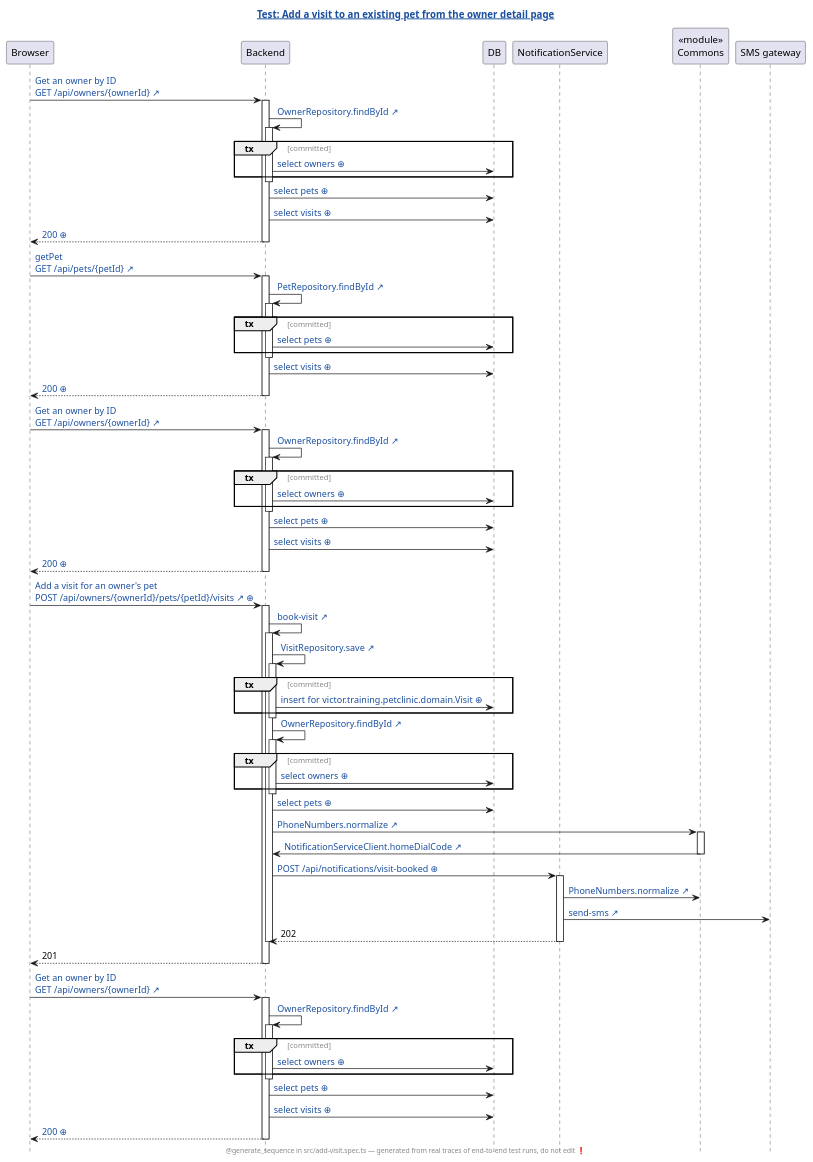
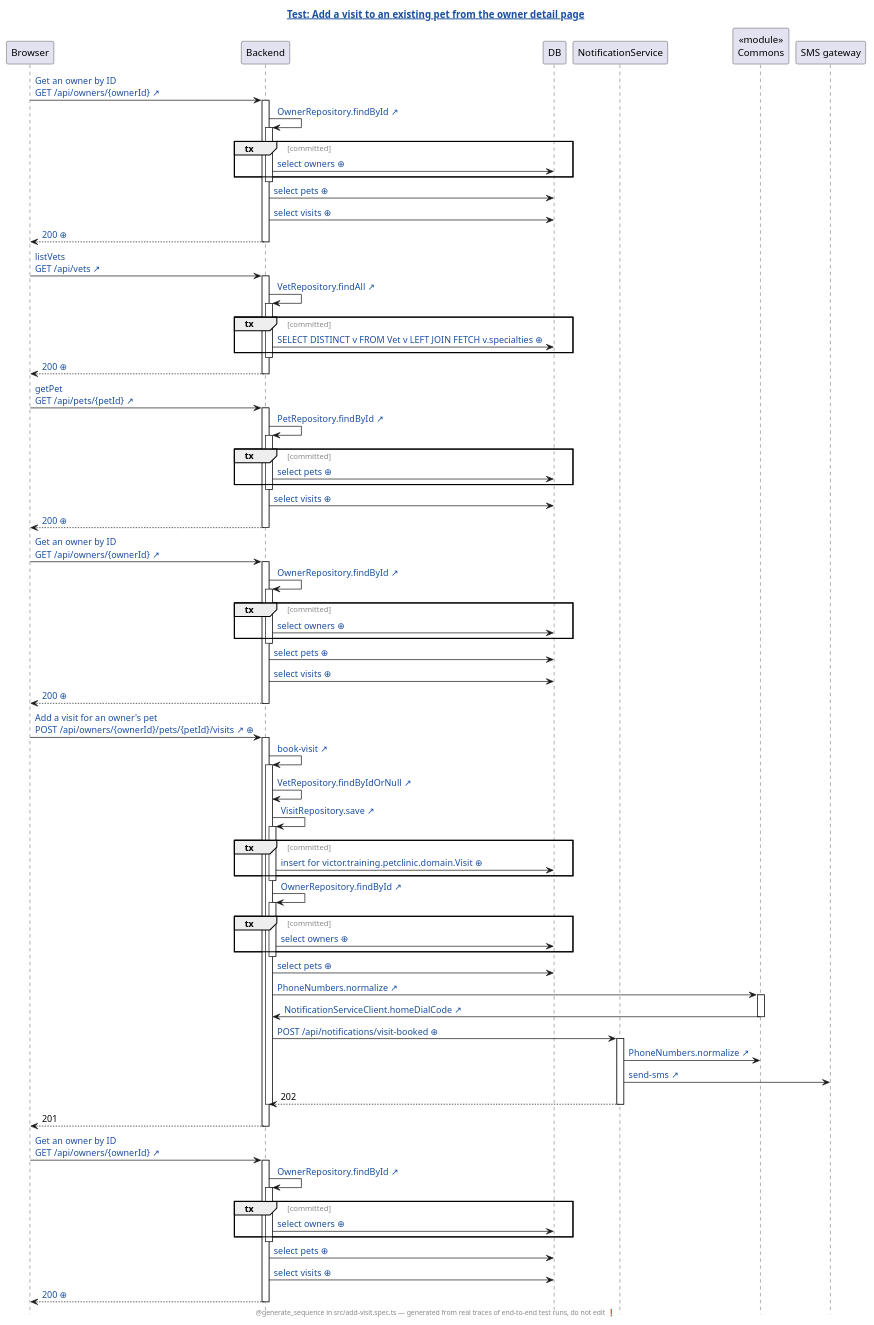
The diagram in petclinic-test/generated/add-visit.spec.ts.add-a-visit-to-an-existing-pet-from-the-owner-detail-page.genseq.puml (victorrentea/petclinic), drawn with PlantUML before and after one commit. The commit also changed 3 other files, not shown here.

Commit message:
Regenerate the browser sequence diagrams: request arrows link to this branch's lines

```diff
--- a/petclinic-test/generated/add-visit.spec.ts.add-a-visit-to-an-existing-pet-from-the-owner-detail-page.genseq.puml
+++ b/petclinic-test/generated/add-visit.spec.ts.add-a-visit-to-an-existing-pet-from-the-owner-detail-page.genseq.puml
@@ -1,93 +1,104 @@
 @startuml
 ' ⚠️  GENERATED FILE — DO NOT EDIT. Every edit is lost on the next run.
 hide footbox
 skinparam hyperlinkUnderline false
 skinparam hyperlinkColor #1A4FA0
 skinparam sequenceGroupFontColor #888888
 skinparam sequenceGroupFontStyle plain
 title [[src://petclinic-test/src/add-visit.spec.ts:34{Click to open the test} Test: Add a visit to an existing pet from the owner detail page]]
 footer @generate_sequence in src/add-visit.spec.ts — generated from real traces of end-to-end test runs, do not edit ❗
 participant Browser
 participant Backend
 participant DB
 participant NotificationService
 participant "«module»\nCommons" as Commons
 participant "SMS gateway"
 Browser -> Backend: [[src://petclinic-frontend/src/app/owners/owner-detail/owner-detail.component.ts:22{Click to open the line that sent this request: owner-detail.component.ts:22} Get an owner by ID\nGET /api/owners/{ownerId} ↗]]
 activate Backend
 Backend -> Backend: [[src://petclinic-backend/src/main/java/victor/training/petclinic/repository/OwnerRepository.java:14{Click to open OwnerRepository.findById} OwnerRepository.findById ↗]]
 activate Backend
 group tx [committed]
 Backend -> DB: [[genseq://0x8aana{Click for the statement behind this call} select owners ⊕]]
 end
 deactivate Backend
 Backend -> DB: [[genseq://18567ho{Click for the statement behind this call} select pets ⊕]]
-Backend -> DB: [[genseq://13apewa{Click for the statement behind this call} select visits ⊕]]
-Backend --> Browser: [[genseq://0zavcxa{Click for this call’s JSON body} 200 ⊕]]
+Backend -> DB: [[genseq://1eq1h2q{Click for the statement behind this call} select visits ⊕]]
+Backend --> Browser: [[genseq://1bhasc1{Click for this call’s JSON body} 200 ⊕]]
 deactivate Backend
-Browser -> Backend: [[src://petclinic-frontend/src/app/visits/visit-add/visit-add.component.ts:42{Click to open the line that sent this request: visit-add.component.ts:42} getPet\nGET /api/pets/{petId} ↗]]
+Browser -> Backend: [[src://petclinic-frontend/src/app/visits/visit-add/visit-add.component.ts:46{Click to open the line that sent this request: visit-add.component.ts:46} listVets\nGET /api/vets ↗]]
+activate Backend
+Backend -> Backend: [[src://petclinic-backend/src/main/java/victor/training/petclinic/repository/VetRepository.java:13{Click to open VetRepository.findAll} VetRepository.findAll ↗]]
+activate Backend
+group tx [committed]
+Backend -> DB: [[genseq://0p6yxbc{Click for the statement behind this call} SELECT DISTINCT v FROM Vet v LEFT JOIN FETCH v.specialties ⊕]]
+end
+deactivate Backend
+Backend --> Browser: [[genseq://1nmg2oo{Click for this call’s JSON body} 200 ⊕]]
+deactivate Backend
+Browser -> Backend: [[src://petclinic-frontend/src/app/visits/visit-add/visit-add.component.ts:48{Click to open the line that sent this request: visit-add.component.ts:48} getPet\nGET /api/pets/{petId} ↗]]
 activate Backend
 Backend -> Backend: [[src://petclinic-backend/src/main/java/victor/training/petclinic/repository/PetRepository.java:16{Click to open PetRepository.findById} PetRepository.findById ↗]]
 activate Backend
 group tx [committed]
 Backend -> DB: [[genseq://0y7w2ps{Click for the statement behind this call} select pets ⊕]]
 end
 deactivate Backend
-Backend -> DB: [[genseq://13apewa{Click for the statement behind this call} select visits ⊕]]
-Backend --> Browser: [[genseq://01mmlgx{Click for this call’s JSON body} 200 ⊕]]
+Backend -> DB: [[genseq://1eq1h2q{Click for the statement behind this call} select visits ⊕]]
+Backend --> Browser: [[genseq://0n1gsl8{Click for this call’s JSON body} 200 ⊕]]
 deactivate Backend
-Browser -> Backend: [[src://petclinic-frontend/src/app/visits/visit-add/visit-add.component.ts:47{Click to open the line that sent this request: visit-add.component.ts:47} Get an owner by ID\nGET /api/owners/{ownerId} ↗]]
+Browser -> Backend: [[src://petclinic-frontend/src/app/visits/visit-add/visit-add.component.ts:53{Click to open the line that sent this request: visit-add.component.ts:53} Get an owner by ID\nGET /api/owners/{ownerId} ↗]]
 activate Backend
 Backend -> Backend: [[src://petclinic-backend/src/main/java/victor/training/petclinic/repository/OwnerRepository.java:14{Click to open OwnerRepository.findById} OwnerRepository.findById ↗]]
 activate Backend
 group tx [committed]
 Backend -> DB: [[genseq://0x8aana{Click for the statement behind this call} select owners ⊕]]
 end
 deactivate Backend
 Backend -> DB: [[genseq://18567ho{Click for the statement behind this call} select pets ⊕]]
-Backend -> DB: [[genseq://13apewa{Click for the statement behind this call} select visits ⊕]]
-Backend --> Browser: [[genseq://0zavcxa{Click for this call’s JSON body} 200 ⊕]]
+Backend -> DB: [[genseq://1eq1h2q{Click for the statement behind this call} select visits ⊕]]
+Backend --> Browser: [[genseq://1bhasc1{Click for this call’s JSON body} 200 ⊕]]
 deactivate Backend
-Browser -> Backend: [[src://petclinic-frontend/src/app/visits/visit-add/visit-add.component.ts:63{Click to open the line that sent this request: visit-add.component.ts:63 ← visit-add.component.html:25} Add a visit for an owner's pet\nPOST /api/owners/{ownerId}/pets/{petId}/visits ↗]] [[genseq://1i3bawm{Click for this call’s JSON body} ⊕]]
+Browser -> Backend: [[src://petclinic-frontend/src/app/visits/visit-add/visit-add.component.ts:69{Click to open the line that sent this request: visit-add.component.ts:69 ← visit-add.component.html:25} Add a visit for an owner's pet\nPOST /api/owners/{ownerId}/pets/{petId}/visits ↗]] [[genseq://0owbiij{Click for this call’s JSON body} ⊕]]
 activate Backend
-Backend -> Backend: [[src://petclinic-backend/src/main/java/victor/training/petclinic/rest/OwnerRestController.java:183{Click to open OwnerRestController.bookVisit} book-visit ↗]]
+Backend -> Backend: [[src://petclinic-backend/src/main/java/victor/training/petclinic/rest/OwnerRestController.java:193{Click to open OwnerRestController.bookVisit} book-visit ↗]]
 activate Backend
+Backend -> Backend: [[src://petclinic-backend/src/main/java/victor/training/petclinic/repository/VetRepository.java:19{Click to open VetRepository.findByIdOrNull} VetRepository.findByIdOrNull ↗]]
 Backend -> Backend: [[src://petclinic-backend/src/main/java/victor/training/petclinic/repository/VisitRepository.java:14{Click to open VisitRepository.save} VisitRepository.save ↗]]
 activate Backend
 group tx [committed]
-Backend -> DB: [[genseq://1fmafx1{Click for the statement behind this call} insert for victor.training.petclinic.domain.Visit ⊕]]
+Backend -> DB: [[genseq://07at2sw{Click for the statement behind this call} insert for victor.training.petclinic.domain.Visit ⊕]]
 end
 deactivate Backend
 Backend -> Backend: [[src://petclinic-backend/src/main/java/victor/training/petclinic/repository/OwnerRepository.java:14{Click to open OwnerRepository.findById} OwnerRepository.findById ↗]]
 activate Backend
 group tx [committed]
 Backend -> DB: [[genseq://0x8aana{Click for the statement behind this call} select owners ⊕]]
 end
 deactivate Backend
 Backend -> DB: [[genseq://18567ho{Click for the statement behind this call} select pets ⊕]]
 Backend -> Commons: [[src://petclinic-commons/src/main/java/victor/training/commons/PhoneNumbers.java:14{Click to open PhoneNumbers.normalize} PhoneNumbers.normalize ↗]]
 activate Commons
 Commons -> Backend: [[src://petclinic-backend/src/main/java/victor/training/petclinic/notification/NotificationServiceClient.java:45{Click to open NotificationServiceClient.homeDialCode} NotificationServiceClient.homeDialCode ↗]]
 deactivate Commons
 Backend -> NotificationService: [[genseq://1p4ogm5{Click for this call’s JSON body} POST /api/notifications/visit-booked ⊕]]
 activate NotificationService
 NotificationService -> Commons: [[src://petclinic-commons/src/main/java/victor/training/commons/PhoneNumbers.java:8{Click to open PhoneNumbers.normalize} PhoneNumbers.normalize ↗]]
 NotificationService -> "SMS gateway": [[src://notification-service/src/main/java/victor/training/notification/SmsGateway.java:23{Click to open SmsGateway.send} send-sms ↗]]
 NotificationService --> Backend: 202
 deactivate NotificationService
 deactivate Backend
 Backend --> Browser: 201
 deactivate Backend
 Browser -> Backend: [[src://petclinic-frontend/src/app/owners/owner-detail/owner-detail.component.ts:22{Click to open the line that sent this request: owner-detail.component.ts:22} Get an owner by ID\nGET /api/owners/{ownerId} ↗]]
 activate Backend
 Backend -> Backend: [[src://petclinic-backend/src/main/java/victor/training/petclinic/repository/OwnerRepository.java:14{Click to open OwnerRepository.findById} OwnerRepository.findById ↗]]
 activate Backend
 group tx [committed]
 Backend -> DB: [[genseq://0x8aana{Click for the statement behind this call} select owners ⊕]]
 end
 deactivate Backend
 Backend -> DB: [[genseq://18567ho{Click for the statement behind this call} select pets ⊕]]
-Backend -> DB: [[genseq://13apewa{Click for the statement behind this call} select visits ⊕]]
-Backend --> Browser: [[genseq://1pj6yaa{Click for this call’s JSON body} 200 ⊕]]
+Backend -> DB: [[genseq://1eq1h2q{Click for the statement behind this call} select visits ⊕]]
+Backend --> Browser: [[genseq://1s8fein{Click for this call’s JSON body} 200 ⊕]]
 deactivate Backend
 @enduml
```
